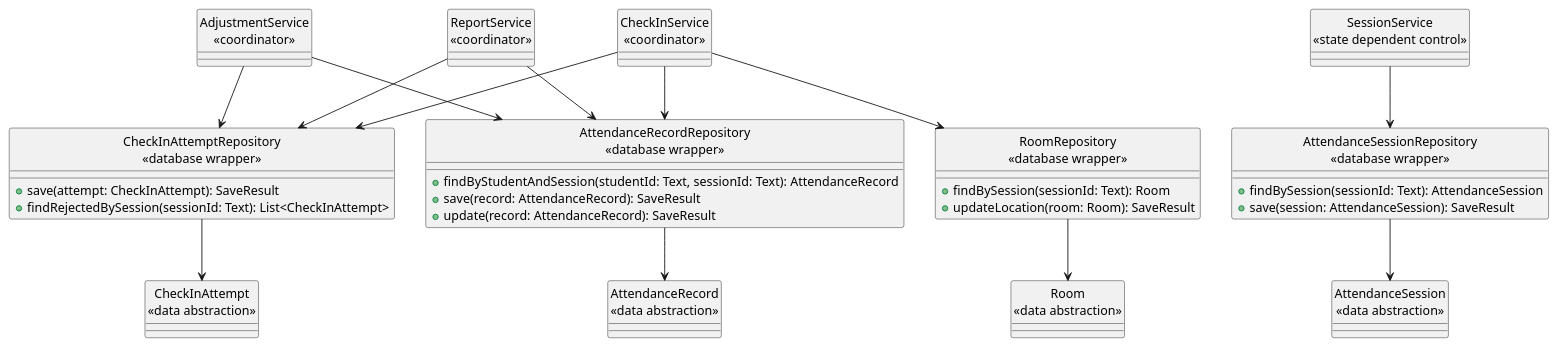
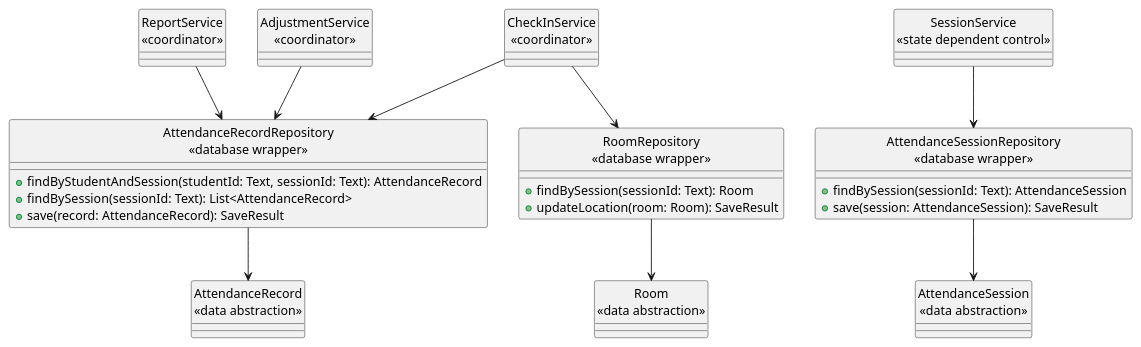
The seventh of 7 diagrams in docs/rds/3_Design.md (nttung42/SWD392), drawn with PlantUML before and after one commit. The commit also changed other lines of this file and 4 other files, not shown here.

Commit message:
not force calculate distance and merge checkin attemp with attendance record

````diff
--- a/docs/rds/3_Design.md
+++ b/docs/rds/3_Design.md
@@ -896,48 +877,38 @@
 ```plantuml
 @startuml
 skinparam style strictuml
 
 class "CheckInService\n«coordinator»" as CheckInService
 class "SessionService\n«state dependent control»" as SessionService
 class "ReportService\n«coordinator»" as ReportService
 class "AdjustmentService\n«coordinator»" as AdjustmentService
 
 class "AttendanceRecord\n«data abstraction»" as AttendanceRecord
-class "CheckInAttempt\n«data abstraction»" as CheckInAttempt
 class "AttendanceSession\n«data abstraction»" as AttendanceSession
 class "Room\n«data abstraction»" as Room
 class "AttendanceRecordRepository\n«database wrapper»" as AttendanceRecordRepo {
   +findByStudentAndSession(studentId: Text, sessionId: Text): AttendanceRecord
+  +findBySession(sessionId: Text): List<AttendanceRecord>
   +save(record: AttendanceRecord): SaveResult
-  +update(record: AttendanceRecord): SaveResult
-}
-
-class "CheckInAttemptRepository\n«database wrapper»" as AttemptRepo {
-  +save(attempt: CheckInAttempt): SaveResult
-  +findRejectedBySession(sessionId: Text): List<CheckInAttempt>
 }
 
 class "AttendanceSessionRepository\n«database wrapper»" as SessionRepo {
   +findBySession(sessionId: Text): AttendanceSession
   +save(session: AttendanceSession): SaveResult
 }
 
 class "RoomRepository\n«database wrapper»" as RoomRepo {
   +findBySession(sessionId: Text): Room
   +updateLocation(room: Room): SaveResult
 }
 
 CheckInService --> AttendanceRecordRepo
-CheckInService --> AttemptRepo
 CheckInService --> RoomRepo
 SessionService --> SessionRepo
 ReportService --> AttendanceRecordRepo
-ReportService --> AttemptRepo
 AdjustmentService --> AttendanceRecordRepo
-AdjustmentService --> AttemptRepo
 AttendanceRecordRepo --> AttendanceRecord
-AttemptRepo --> CheckInAttempt
 SessionRepo --> AttendanceSession
 RoomRepo --> Room
 @enduml
 ```
````
